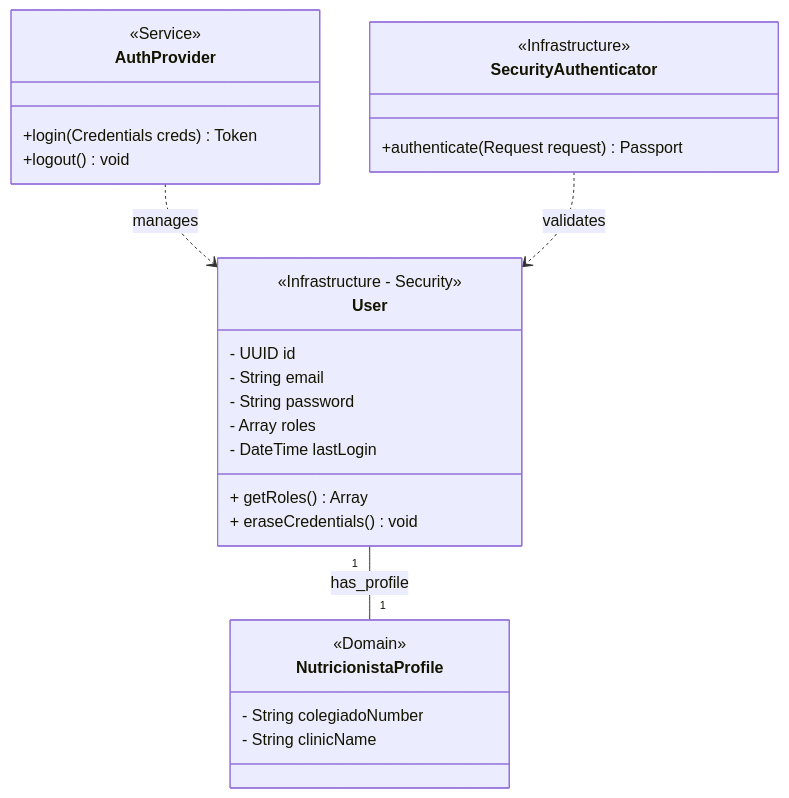
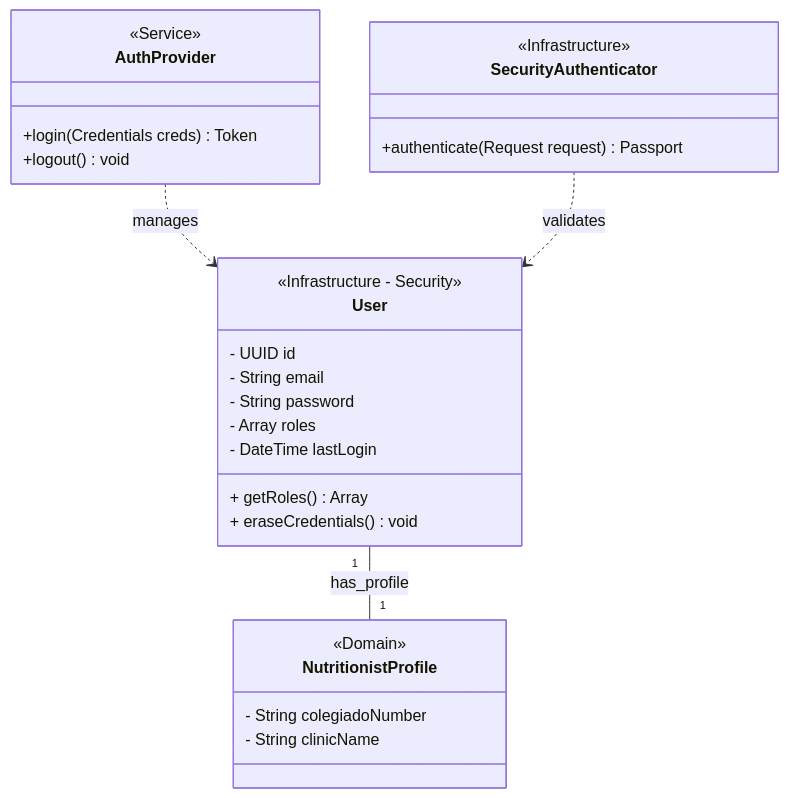
The diagram in diagrams/diagrama_seguridad_acceso.mmd (unaip1996/b2b_nutricion), drawn with Mermaid before and after one commit. The commit also changed 39 other files, not shown here.

```diff
--- a/diagrams/diagrama_seguridad_acceso.mmd
+++ b/diagrams/diagrama_seguridad_acceso.mmd
@@ -1,32 +1,32 @@
 classDiagram
     class User {
         <<Infrastructure - Security>>
         - UUID id
         - String email
         - String password
         - Array roles
         - DateTime lastLogin
         + getRoles() Array
         + eraseCredentials() void
     }
 
     class AuthProvider {
         <<Service>>
         +login(Credentials creds) Token
         +logout() void
     }
 
     class SecurityAuthenticator {
         <<Infrastructure>>
         +authenticate(Request request) Passport
     }
 
-    class NutricionistaProfile {
+    class NutritionistProfile {
         <<Domain>>
         - String colegiadoNumber
         - String clinicName
     }
 
-    User "1" -- "1" NutricionistaProfile : has_profile
+    User "1" -- "1" NutritionistProfile : has_profile
     AuthProvider ..> User : manages
     SecurityAuthenticator ..> User : validates
```
